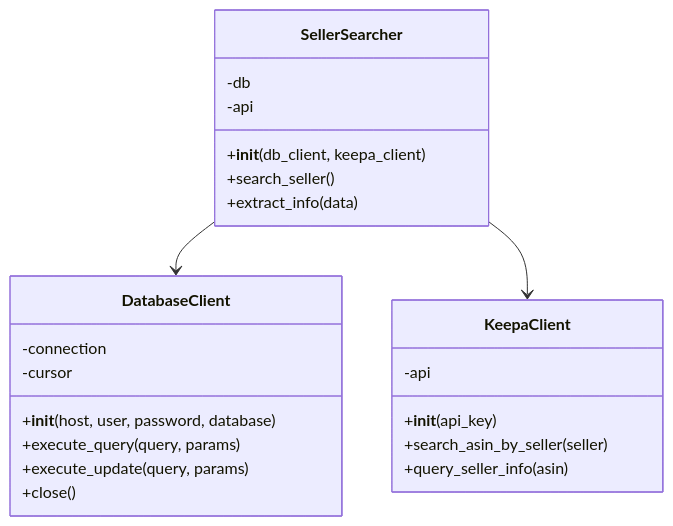
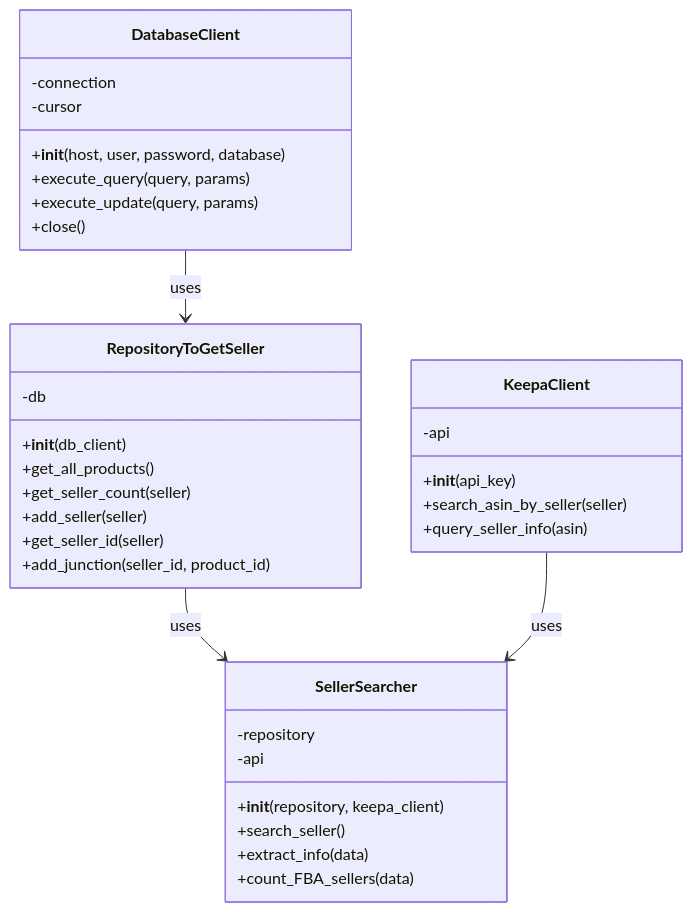
The diagram in CLS/research_CLS_get_sellers.md (Hanato238/ASIN_search_dev), drawn with Mermaid before and after one commit. The commit also changed 20 other files, not shown here.

````diff
--- a/CLS/research_CLS_get_sellers.md
+++ b/CLS/research_CLS_get_sellers.md
@@ -1,32 +1,42 @@
 ```mermaid
-
 classDiagram
     class DatabaseClient {
         -connection
         -cursor
         +__init__(host, user, password, database)
         +execute_query(query, params)
         +execute_update(query, params)
         +close()
     }
 
+    class RepositoryToGetSeller {
+        -db
+        +__init__(db_client)
+        +get_all_products()
+        +get_seller_count(seller)
+        +add_seller(seller)
+        +get_seller_id(seller)
+        +add_junction(seller_id, product_id)
+    }
+
     class KeepaClient {
         -api
         +__init__(api_key)
         +search_asin_by_seller(seller)
         +query_seller_info(asin)
     }
 
     class SellerSearcher {
-        -db
+        -repository
         -api
-        +__init__(db_client, keepa_client)
+        +__init__(repository, keepa_client)
         +search_seller()
         +extract_info(data)
+        +count_FBA_sellers(data)
     }
 
-    SellerSearcher --> DatabaseClient
-    SellerSearcher --> KeepaClient
-
+    DatabaseClient --> RepositoryToGetSeller : uses
+    RepositoryToGetSeller --> SellerSearcher : uses
+    KeepaClient --> SellerSearcher : uses
 
 ```
````
